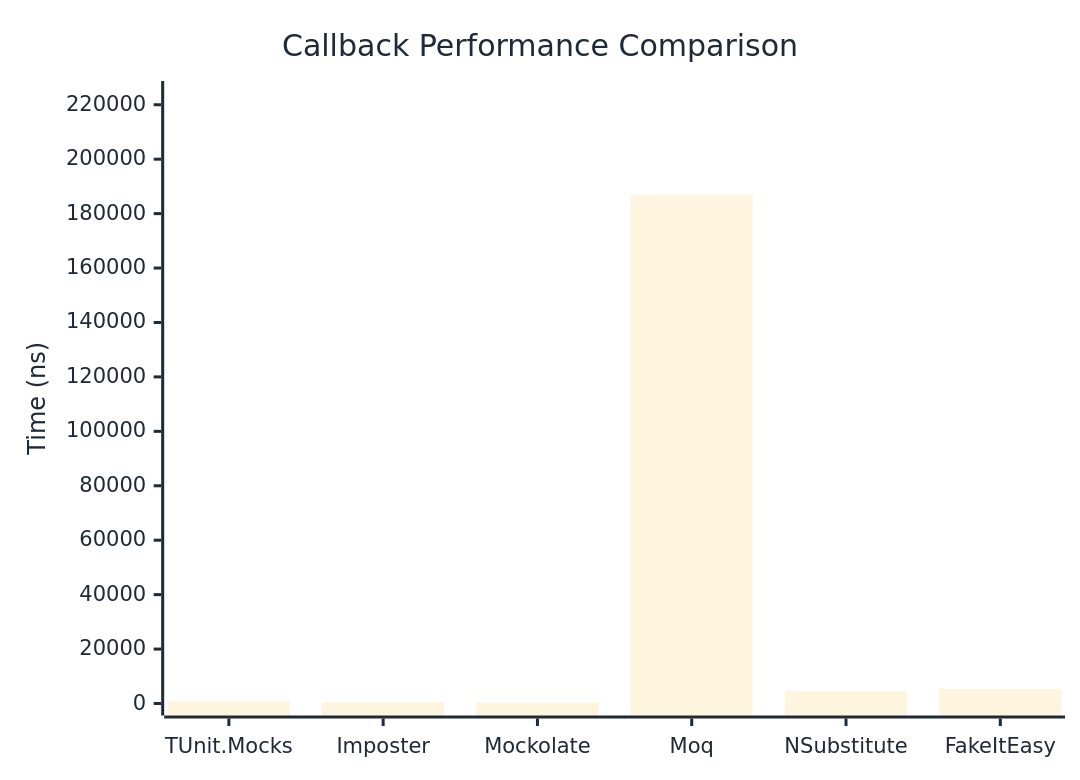
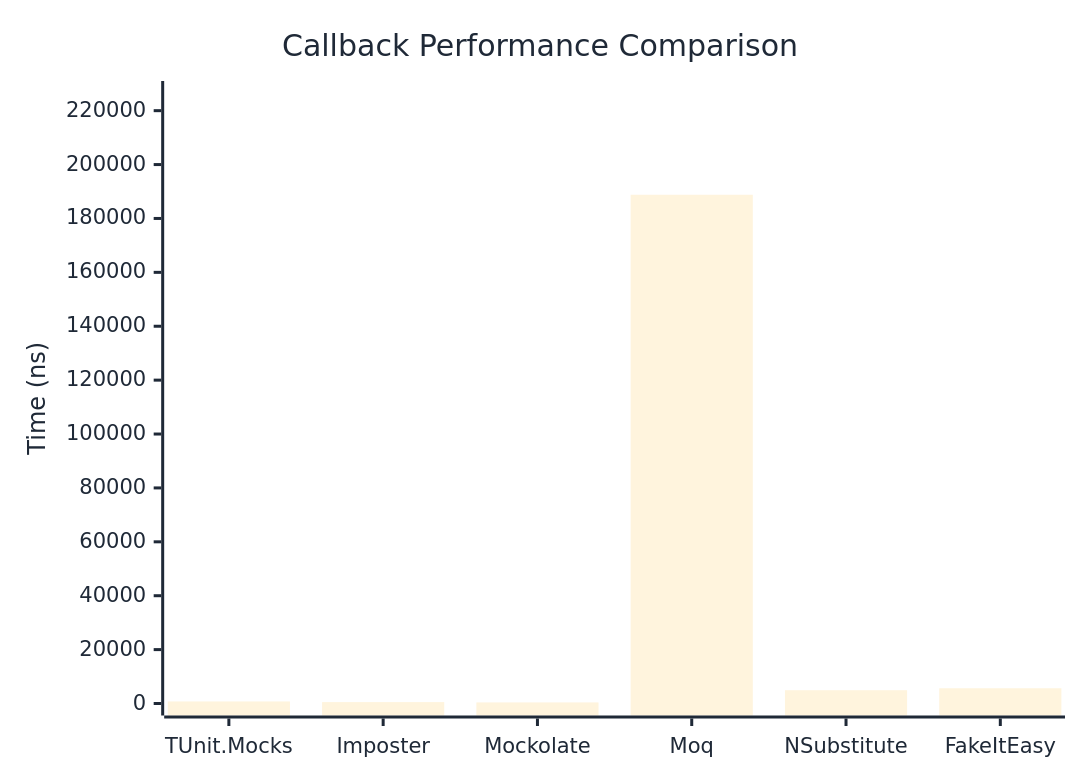
One commit to thomhurst/TUnit changed the first of 2 diagrams in docs/docs/benchmarks/mocks/Callback.md. Above: the diagram before and after it, drawn with Mermaid. The commit also changed other lines of this file and 14 other files, not shown here.

````diff
--- a/docs/docs/benchmarks/mocks/Callback.md
+++ b/docs/docs/benchmarks/mocks/Callback.md
@@ -30,27 +30,27 @@
 ```mermaid
 %%{init: {
   'theme':'base',
   'themeVariables': {
     'primaryColor': '#2563eb',
     'primaryTextColor': '#1f2937',
     'primaryBorderColor': '#1e40af',
     'lineColor': '#6b7280',
     'secondaryColor': '#7c3aed',
     'tertiaryColor': '#dc2626',
     'background': '#ffffff',
     'pie1': '#2563eb',
     'pie2': '#7c3aed',
     'pie3': '#dc2626',
     'pie4': '#f59e0b',
     'pie5': '#10b981',
     'pie6': '#06b6d4',
     'pie7': '#ec4899',
     'pie8': '#6366f1'
   }
 }}%%
 xychart-beta
   title "Callback Performance Comparison"
   x-axis ["TUnit.Mocks", "Imposter", "Mockolate", "Moq", "NSubstitute", "FakeItEasy"]
-  y-axis "Time (ns)" 0 --> 224319
-  bar [678.5, 517.1, 363.2, 186932.5, 4506.5, 5381.5]
+  y-axis "Time (ns)" 0 --> 226557
+  bar [758.7, 514.2, 404.1, 188797.2, 4930, 5657.7]
 ```
````
